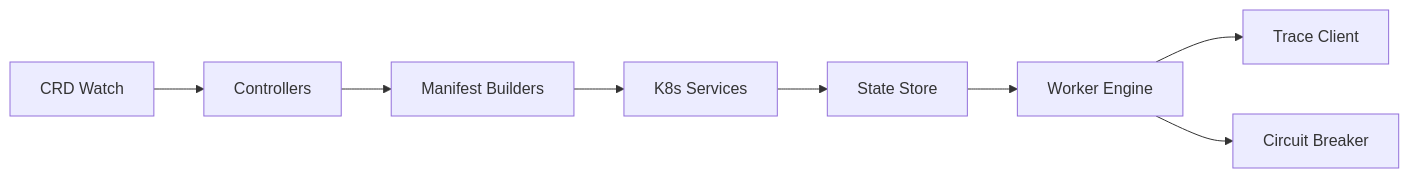
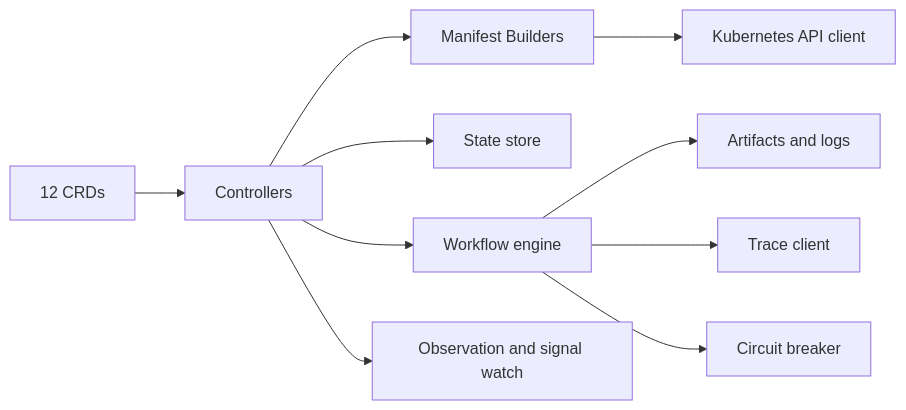
One commit to ykbytes/kubesynapse.ai changed the diagram in operator/README.md. Above: the diagram before and after it, drawn with Mermaid. The commit also changed other lines of this file and 86 other files, not shown here.

````diff
--- a/operator/README.md
+++ b/operator/README.md
@@ -22,10 +22,12 @@
 ```mermaid
-graph LR
-    A[CRD Watch] --> B[Controllers]
-    B --> C[Manifest Builders]
-    C --> D[K8s Services]
-    D --> E[State Store]
-    E --> F[Worker Engine]
-    F --> G[Trace Client]
-    F --> H[Circuit Breaker]
+flowchart LR
+    CRD[12 CRDs] --> CTRL[Controllers]
+    CTRL --> BUILD[Manifest Builders]
+    BUILD --> K8S[Kubernetes API client]
+    CTRL --> STATE[State store]
+    CTRL --> WORKER[Workflow engine]
+    CTRL --> OBS[Observation and signal watch]
+    WORKER --> ART[Artifacts and logs]
+    WORKER --> TRACE[Trace client]
+    WORKER --> CB[Circuit breaker]
 ```
````
